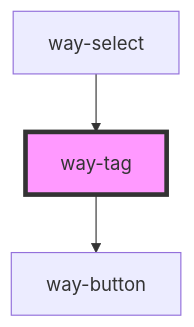
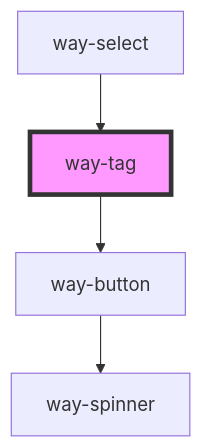
Before and after one commit to paqtcom/graphite-design-system: the diagram in packages/core/src/components/way-tag/readme.md, drawn with Mermaid. The commit also changed 8 other files, not shown here.

Commit message:
Add loading prop to way-button and create way-spinner component

````diff
--- a/packages/core/src/components/way-tag/readme.md
+++ b/packages/core/src/components/way-tag/readme.md
@@ -66,6 +66,7 @@
 ```mermaid
 graph TD;
   way-tag --> way-button
+  way-button --> way-spinner
   way-select --> way-tag
   style way-tag fill:#f9f,stroke:#333,stroke-width:4px
 ```
````
